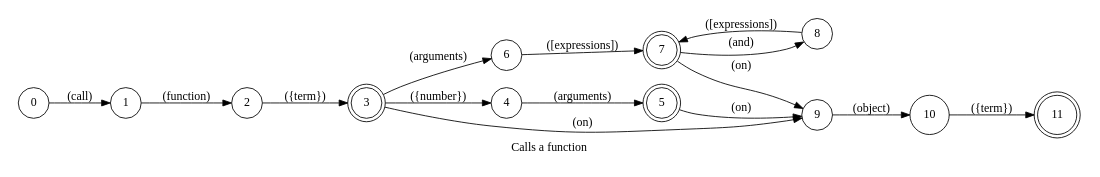
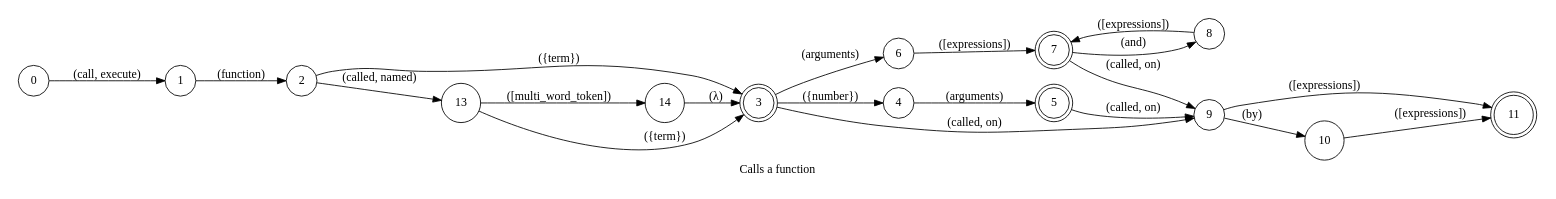
Before and after one commit to pedrooaugusto/speech-to-code: the diagram in spoken/src/modules/typescript/function_call/phrase_en-US.dot, drawn with Graphviz. The commit also changed 35 other files, not shown here.

```diff
--- a/spoken/src/modules/typescript/function_call/phrase_en-US.dot
+++ b/spoken/src/modules/typescript/function_call/phrase_en-US.dot
@@ -1,27 +1,30 @@
 digraph function_call {
     id="function_call";
     label="Calls a function";
     lang="en-US";
     langName="English";
     pad="0.2";
     rankdir=LR;
     priority="2";
     node[shape=doublecircle]; 3 5 7 11;
     node[shape=circle];
 
-    0 -> 1 [label="(call)"];
+    0 -> 1 [label="(call, execute)"];
     1 -> 2 [label="(function)"];
-    2 -> 3 [label="({term})", store=functionName];
+    2 -> 13 [label="(called, named)"];
+    13 -> 14 [label="([multi_word_token])", store=functionName, extraArgs="{\"case\": \"camel\"}"];
+    14 -> 3 [label="(λ)"];
+    {2 13} -> 3 [label="({term})", store=functionName];
     3 -> 4 [label="({number})", store=argsNumber];
     4 -> 5 [label="(arguments)"];
     3 -> 6 [label="(arguments)"];
     6 -> 7 [label="([expressions])", store=args];
     7 -> 8 [label="(and)"];
     8 -> 7 [label="([expressions])", store=args];
-    {3 5 7} -> 9 [label="(on)"];
-    9 -> 10 [label="(object)"];
-    10 -> 11 [label="({term})", store=caller];
+    {3 5 7} -> 9 [label="(called, on)"];
+    9 -> 10 [label="(by)"];
+    {9 10} -> 11 [label="([expressions])", store=caller];
 
     title="Calls a function";
     desc="Calls a function with the specified arguments in the desired caller";
 }
```
